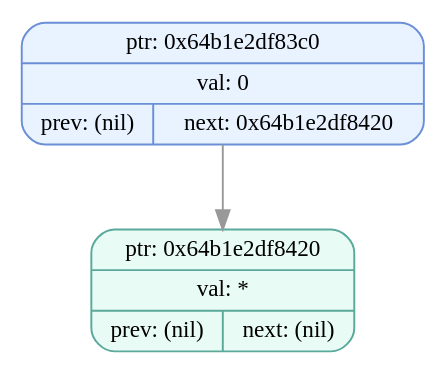
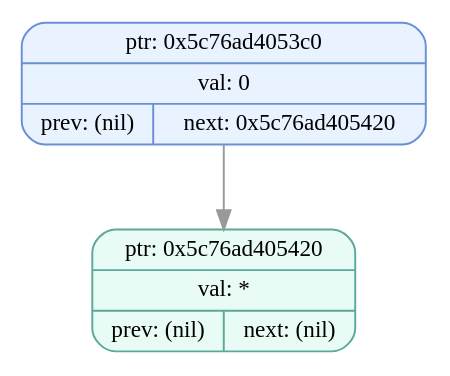
One commit to EvilTomato9890/Difference changed the diagram in dumps/tree_dump_001.dot. Above: the diagram before and after it, drawn with Graphviz. The commit also changed 80 other files, not shown here.

```diff
--- a/dumps/tree_dump_001.dot
+++ b/dumps/tree_dump_001.dot
@@ -1,7 +1,7 @@
 digraph T{
   node [fontname="Fira Mono",shape=record,style="filled,rounded",fontsize=12];
   graph [splines=true, nodesep=0.6, ranksep=0.6];
-  node_0x64b1e2df83c0[shape=record,label="{ {ptr: 0x64b1e2df83c0} | {val: 0} | { prev: (nil) | next: 0x64b1e2df8420 } }",color="#6b8fd6",fillcolor="#e9f2ff"];
-  node_0x64b1e2df8420[shape=record,label="{ {ptr: 0x64b1e2df8420} | {val: *} | { prev: (nil) | next: (nil) } }",color="#5aa99b",fillcolor="#e9fbf5"];
-  node_0x64b1e2df83c0 -> node_0x64b1e2df8420 [color="#999999"];
+  node_0x5c76ad4053c0[shape=record,label="{ {ptr: 0x5c76ad4053c0} | {val: 0} | { prev: (nil) | next: 0x5c76ad405420 } }",color="#6b8fd6",fillcolor="#e9f2ff"];
+  node_0x5c76ad405420[shape=record,label="{ {ptr: 0x5c76ad405420} | {val: *} | { prev: (nil) | next: (nil) } }",color="#5aa99b",fillcolor="#e9fbf5"];
+  node_0x5c76ad4053c0 -> node_0x5c76ad405420 [color="#999999"];
 }
```
